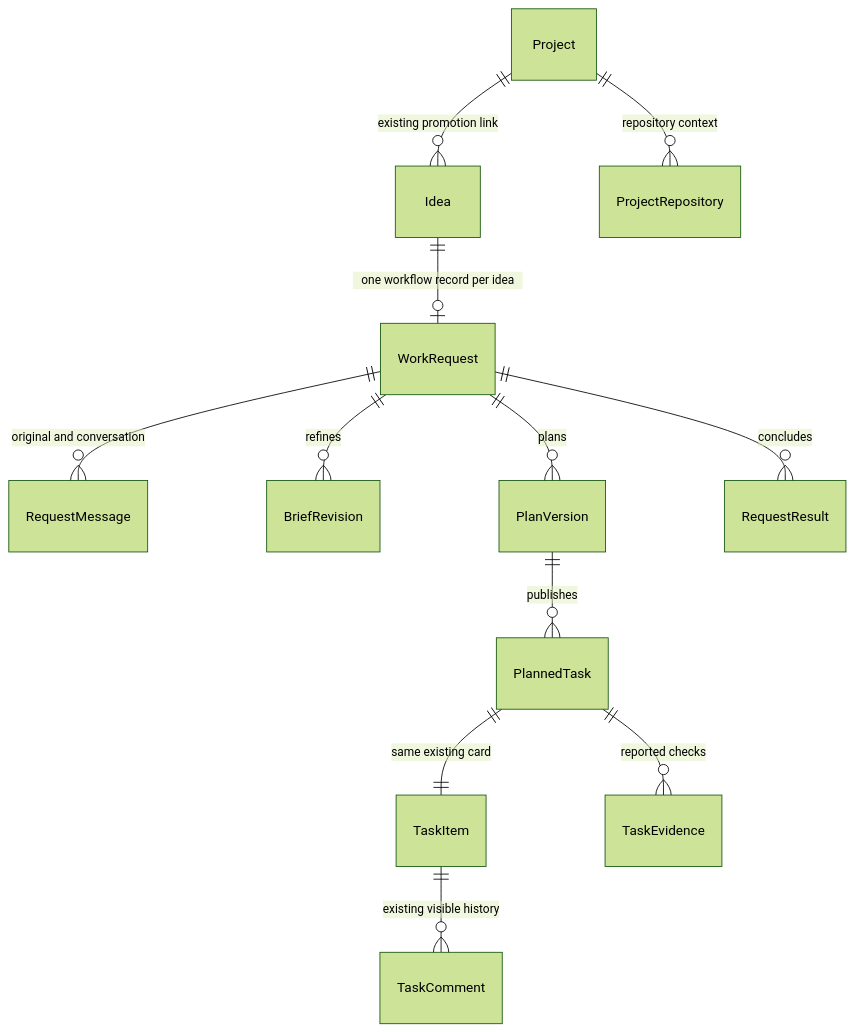
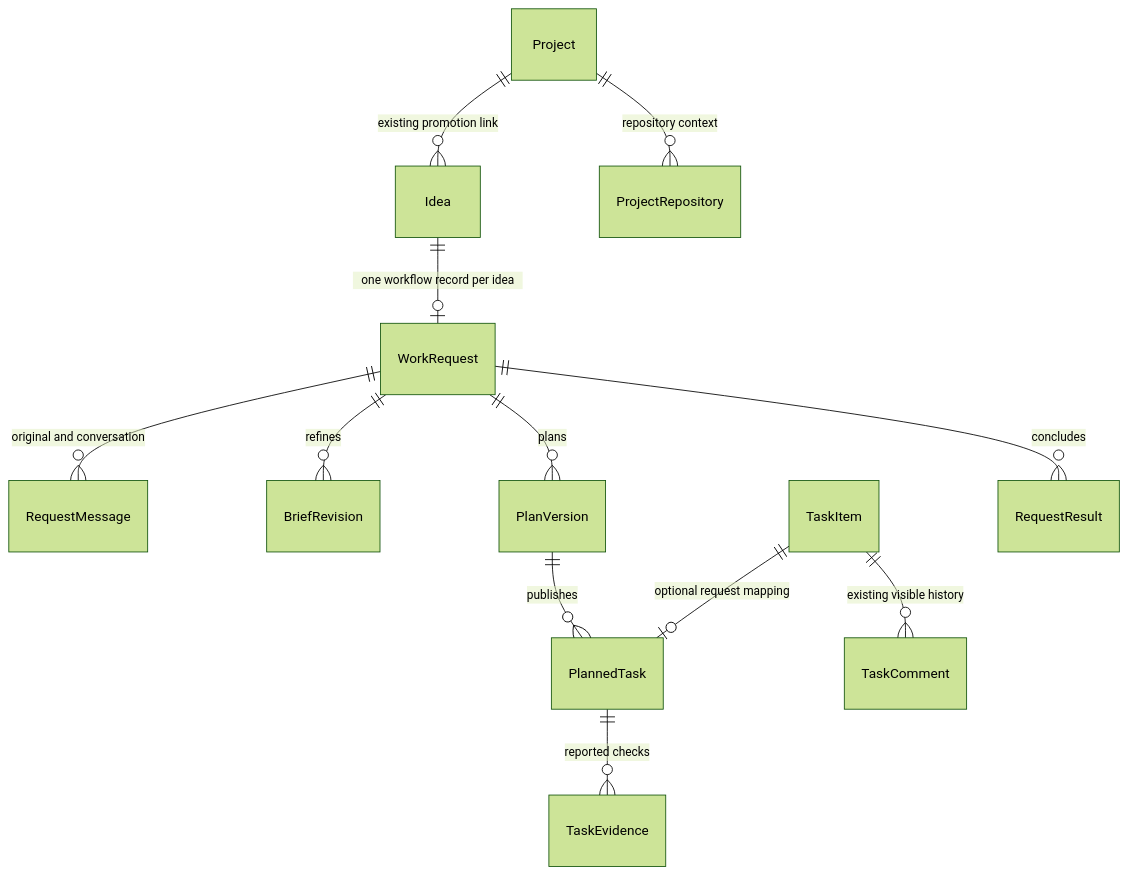
The diagram in docs/plans/assets/unified-workflow-2.mmd (joelfuller2016/KanbanFlow-v2), drawn with Mermaid (forest theme) before and after one commit. The commit also changed 41 other files, not shown here.

```diff
--- a/docs/plans/assets/unified-workflow-2.mmd
+++ b/docs/plans/assets/unified-workflow-2.mmd
@@ -1,12 +1,13 @@
 erDiagram
   Idea ||--o| WorkRequest : "one workflow record per idea"
   Project ||--o{ Idea : "existing promotion link"
   WorkRequest ||--o{ RequestMessage : "original and conversation"
   WorkRequest ||--o{ BriefRevision : refines
   WorkRequest ||--o{ PlanVersion : plans
   PlanVersion ||--o{ PlannedTask : publishes
-  PlannedTask ||--|| TaskItem : "same existing card"
+  %% PlannedTask rows exist only after publication; draft tasks stay in PlanVersion.DraftJson.
+  TaskItem ||--o| PlannedTask : "optional request mapping"
   TaskItem ||--o{ TaskComment : "existing visible history"
   PlannedTask ||--o{ TaskEvidence : "reported checks"
   WorkRequest ||--o{ RequestResult : concludes
   Project ||--o{ ProjectRepository : "repository context"
```
